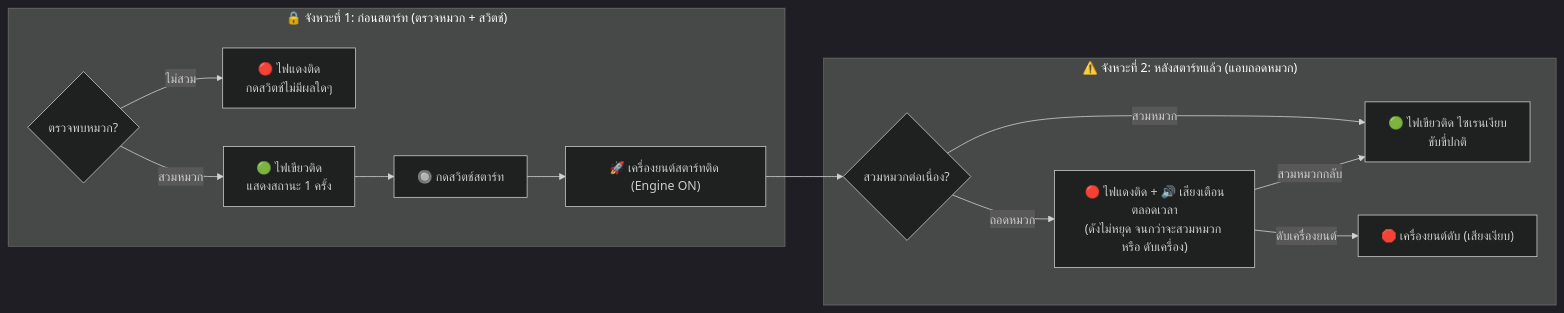
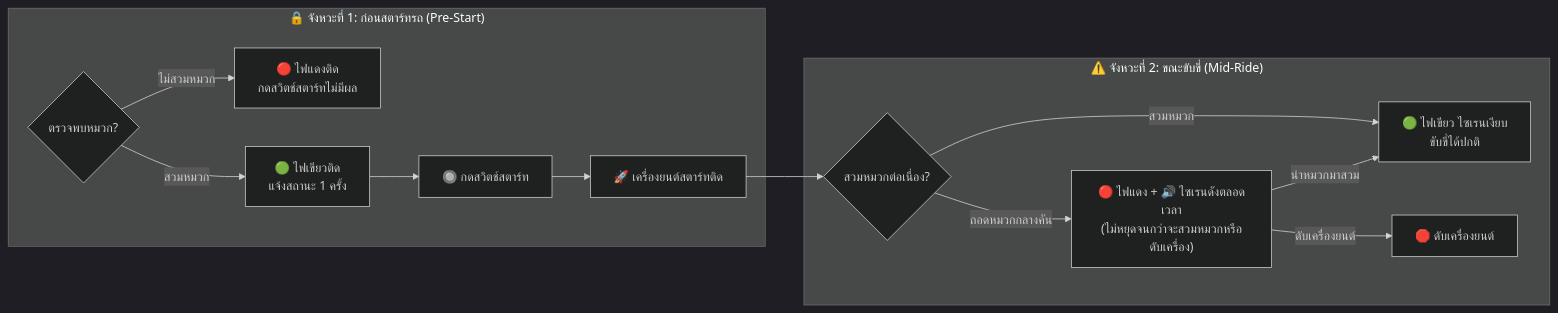
Before and after one commit to sudodok/helmet: the second of 2 diagrams in system_flowchart.md, drawn with Mermaid (dark theme). The commit also changed other lines of this file, not shown here.

Commit message:
docs: clean and linearize flowchart layout into two distinct subgraphs without crossing lines

````diff
--- a/system_flowchart.md
+++ b/system_flowchart.md
@@ -66,18 +57,18 @@
 ```mermaid
 flowchart LR
-    subgraph S1 ["🔒 จังหวะที่ 1: ก่อนสตาร์ท (ตรวจหมวก + สวิตช์)"]
+    subgraph S1 ["🔒 จังหวะที่ 1: ก่อนสตาร์ทรถ (Pre-Start)"]
         H1{ตรวจพบหมวก?}
-        H1 -->|"ไม่สวม"| L1["🔴 ไฟแดงติด<br/>กดสวิตช์ไม่มีผลใดๆ"]
-        H1 -->|"สวมหมวก"| G1["🟢 ไฟเขียวติด<br/>แสดงสถานะ 1 ครั้ง"]
+        H1 -->|"ไม่สวมหมวก"| L1["🔴 ไฟแดงติด<br/>กดสวิตช์สตาร์ทไม่มีผล"]
+        H1 -->|"สวมหมวก"| G1["🟢 ไฟเขียวติด<br/>แจ้งสถานะ 1 ครั้ง"]
         G1 --> SW["🔘 กดสวิตช์สตาร์ท"]
-        SW --> RUN["🚀 เครื่องยนต์สตาร์ทติด (Engine ON)"]
+        SW --> RUN["🚀 เครื่องยนต์สตาร์ทติด"]
     end
 
-    subgraph S2 ["⚠️ จังหวะที่ 2: หลังสตาร์ทแล้ว (แอบถอดหมวก)"]
+    subgraph S2 ["⚠️ จังหวะที่ 2: ขณะขับขี่ (Mid-Ride)"]
         RUN --> H2{สวมหมวกต่อเนื่อง?}
-        H2 -->|"สวมหมวก"| N2["🟢 ไฟเขียวติด ไซเรนเงียบ<br/>ขับขี่ปกติ"]
-        H2 -->|"ถอดหมวก"| AL["🔴 ไฟแดงติด + 🔊 เสียงเตือนตลอดเวลา<br/>(ดังไม่หยุด จนกว่าจะสวมหมวก หรือ ดับเครื่อง)"]
-        AL -->|"สวมหมวกกลับ"| N2
-        AL -->|"ดับเครื่องยนต์"| OFF["🛑 เครื่องยนต์ดับ (เสียงเงียบ)"]
+        H2 -->|"สวมหมวก"| N2["🟢 ไฟเขียว ไซเรนเงียบ<br/>ขับขี่ได้ปกติ"]
+        H2 -->|"ถอดหมวกกลางคัน"| AL["🔴 ไฟแดง + 🔊 ไซเรนดังตลอดเวลา<br/>(ไม่หยุดจนกว่าจะสวมหมวกหรือดับเครื่อง)"]
+        AL -->|"นำหมวกมาสวม"| N2
+        AL -->|"ดับเครื่องยนต์"| OFF["🛑 ดับเครื่องยนต์"]
     end
 ```
````
